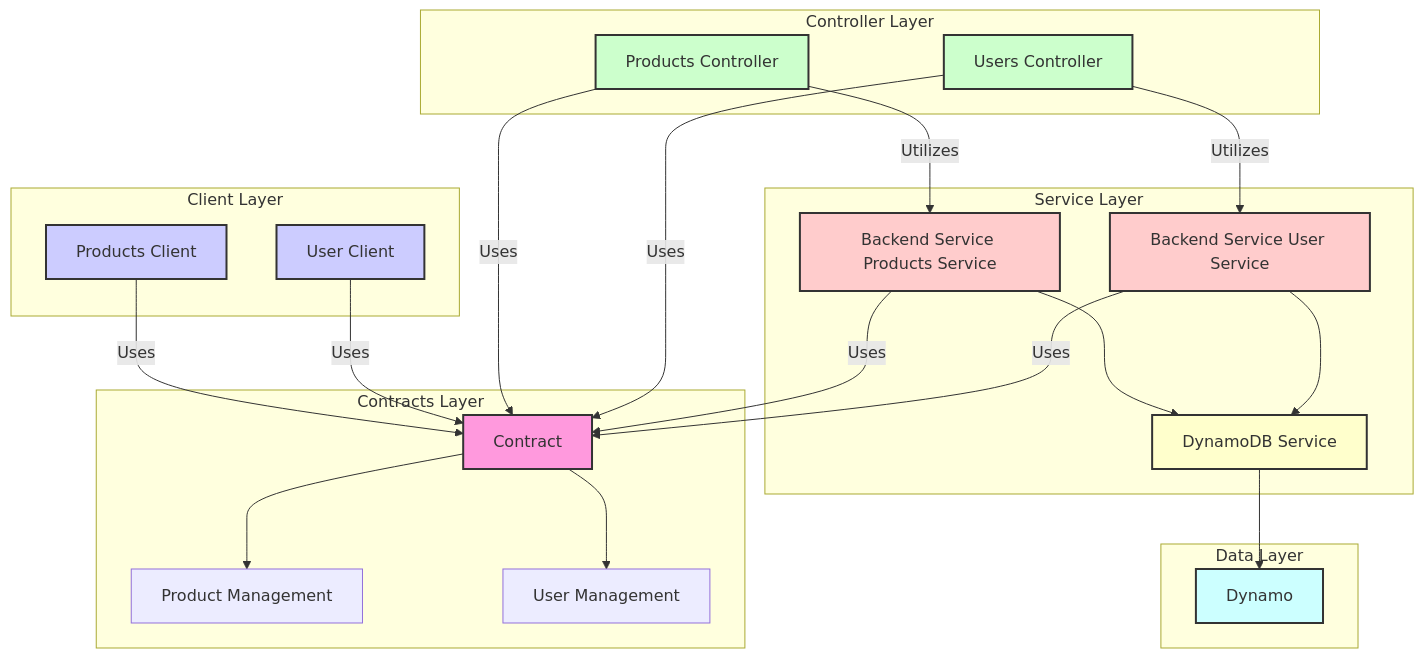
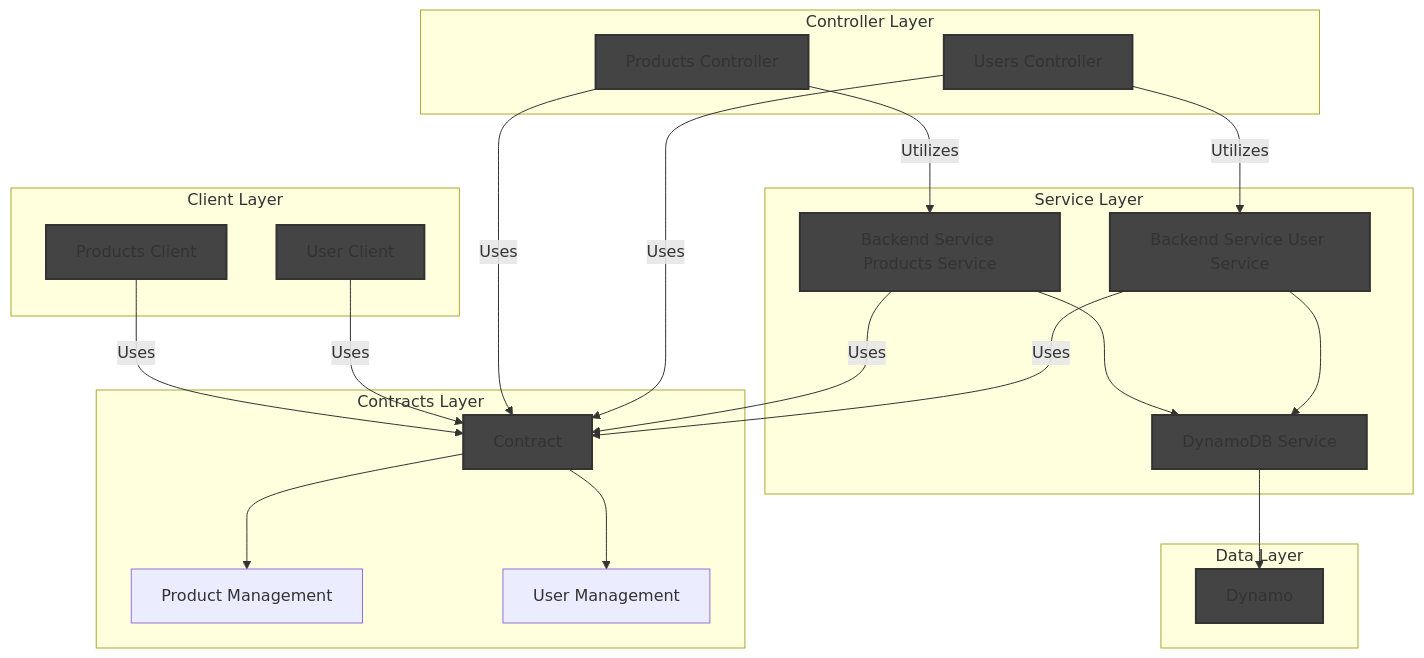
One commit to jovenntann/apple-workspace changed the diagram in README.md. Above: the diagram before and after it, drawn with Mermaid. The commit also changed other lines of this file, not shown here.

````diff
--- a/README.md
+++ b/README.md
@@ -3,43 +23,43 @@
 ```mermaid
 graph TD;
 
   subgraph "Contracts Layer"
     Contract[Contract] --> ProductManagement[Product Management]
     Contract --> UserManagement[User Management]
   end
 
   subgraph "Client Layer"
     ProductsClient[Products Client] -->|Uses| Contract
     UserClient[User Client] -->|Uses| Contract
   end
 
   subgraph "Controller Layer"
     ProductsController[Products Controller] -->|Uses| Contract
     UsersController[Users Controller] -->|Uses| Contract
   end
 
   subgraph "Service Layer"
     BackendServiceProductsService[Backend Service Products Service] --> DynamoDbService[DynamoDB Service]
     BackendServiceProductsService -->|Uses| Contract
     BackendServiceUserService[Backend Service User Service] --> DynamoDbService
     BackendServiceUserService -->|Uses| Contract
   end
   
   subgraph "Data Layer"
     DynamoDbService --> Dynamo[Dynamo]
   end
   
   %% Linking Controller and Service
   ProductsController -->|Utilizes| BackendServiceProductsService
   UsersController -->|Utilizes| BackendServiceUserService
   
-  style Contract fill:#f9d,stroke:#333,stroke-width:2px;
-  style ProductsClient fill:#ccf,stroke:#333,stroke-width:2px;
-  style UserClient fill:#ccf,stroke:#333,stroke-width:2px;
-  style ProductsController fill:#cfc,stroke:#333,stroke-width:2px;
-  style UsersController fill:#cfc,stroke:#333,stroke-width:2px;
-  style BackendServiceProductsService fill:#fcc,stroke:#333,stroke-width:2px;
-  style BackendServiceUserService fill:#fcc,stroke:#333,stroke-width:2px;
-  style DynamoDbService fill:#ffc,stroke:#333,stroke-width:2px;
-  style Dynamo fill:#cff,stroke:#333,stroke-width:2px;
+  style Contract fill:#444,stroke:#333,stroke-width:2px;
+  style ProductsClient fill:#444,stroke:#333,stroke-width:2px;
+  style UserClient fill:#444,stroke:#333,stroke-width:2px;
+  style ProductsController fill:#444,stroke:#333,stroke-width:2px;
+  style UsersController fill:#444,stroke:#333,stroke-width:2px;
+  style BackendServiceProductsService fill:#444,stroke:#333,stroke-width:2px;
+  style BackendServiceUserService fill:#444,stroke:#333,stroke-width:2px;
+  style DynamoDbService fill:#444,stroke:#333,stroke-width:2px;
+  style Dynamo fill:#444,stroke:#333,stroke-width:2px;
 ```
````
